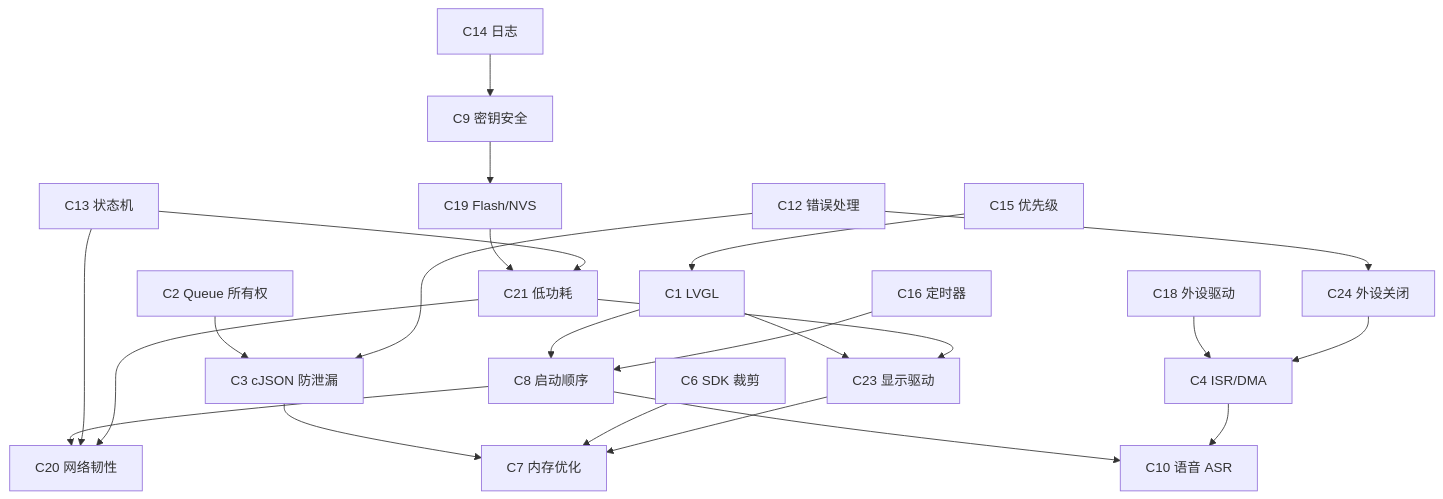
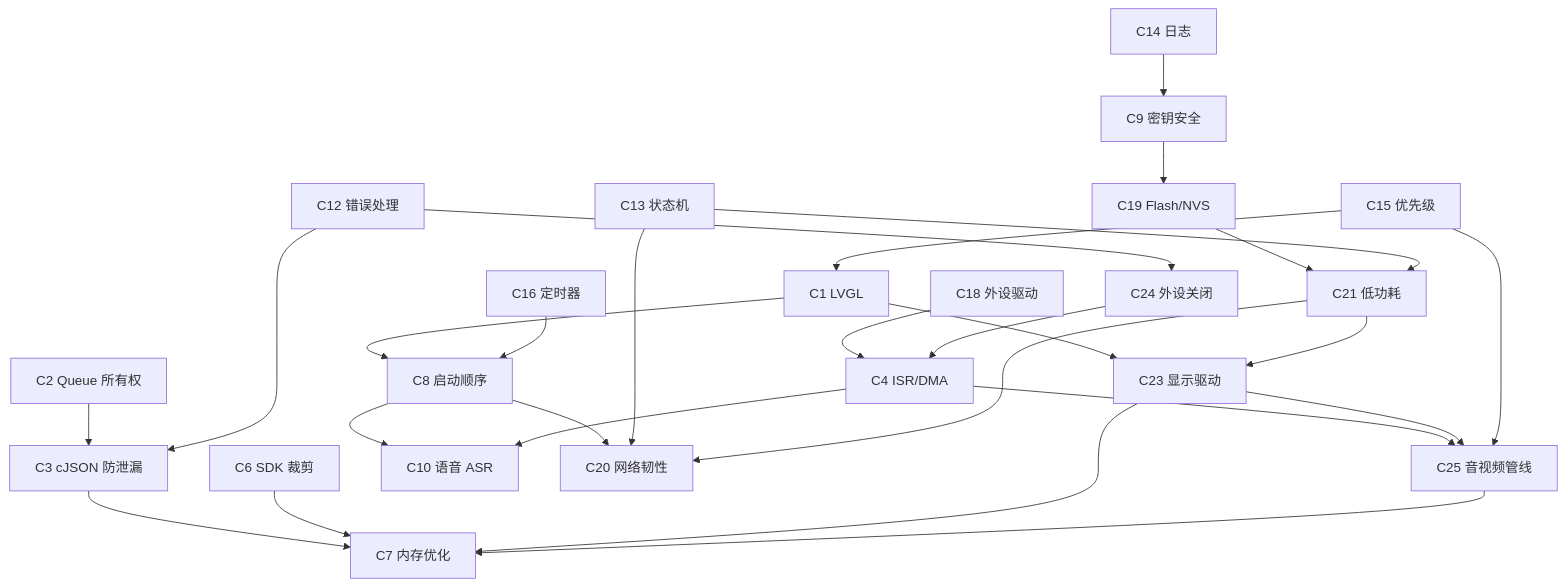
The diagram in freertos-skill-lite/references/constraint_graph.md (xuyalunyy-lgtm/rtos_lvgl_skill), drawn with Mermaid before and after one commit. The commit also changed other lines of this file and 39 other files, not shown here.

````diff
--- a/freertos-skill-lite/references/constraint_graph.md
+++ b/freertos-skill-lite/references/constraint_graph.md
@@ -11,25 +11,29 @@
 ```mermaid
 graph TD
     C2[ C2 Queue 所有权] --> C3[ C3 cJSON 防泄漏]
     C3 --> C7[ C7 内存优化]
     C6[ C6 SDK 裁剪] --> C7
     C8[ C8 启动顺序] --> C10[ C10 语音 ASR]
     C4[ C4 ISR/DMA] --> C10
     C9[ C9 密钥安全] --> C19[ C19 Flash/NVS]
     C8 --> C20[ C20 网络韧性]
     C1[ C1 LVGL 线程安全] --> C8
     C18[ C18 外设驱动] --> C4
     C15[ C15 优先级] --> C1[ C1 LVGL]
     C16[ C16 定时器] --> C8
     C12[ C12 错误处理] --> C3
     C13[ C13 状态机] --> C20
     C14[ C14 日志] --> C9
     C19[ C19 Flash/NVS] --> C21[ C21 低功耗]
     C21 --> C20
     C13 --> C21
     C1 --> C23[ C23 显示驱动]
     C23 --> C7
     C21 --> C23
     C12[ C12 错误处理] --> C24[ C24 外设关闭]
     C24 --> C4
+    C4 --> C25[ C25 音视频管线]
+    C23 --> C25
+    C15 --> C25
+    C25 --> C7
 ```
````
